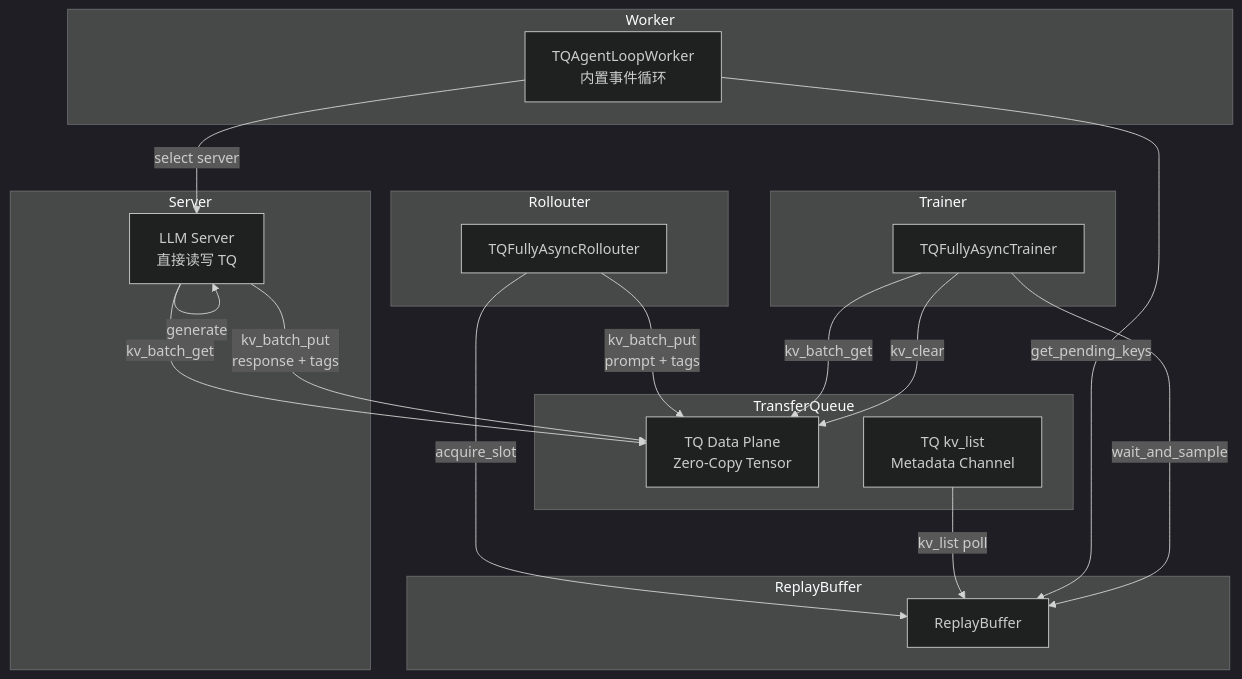
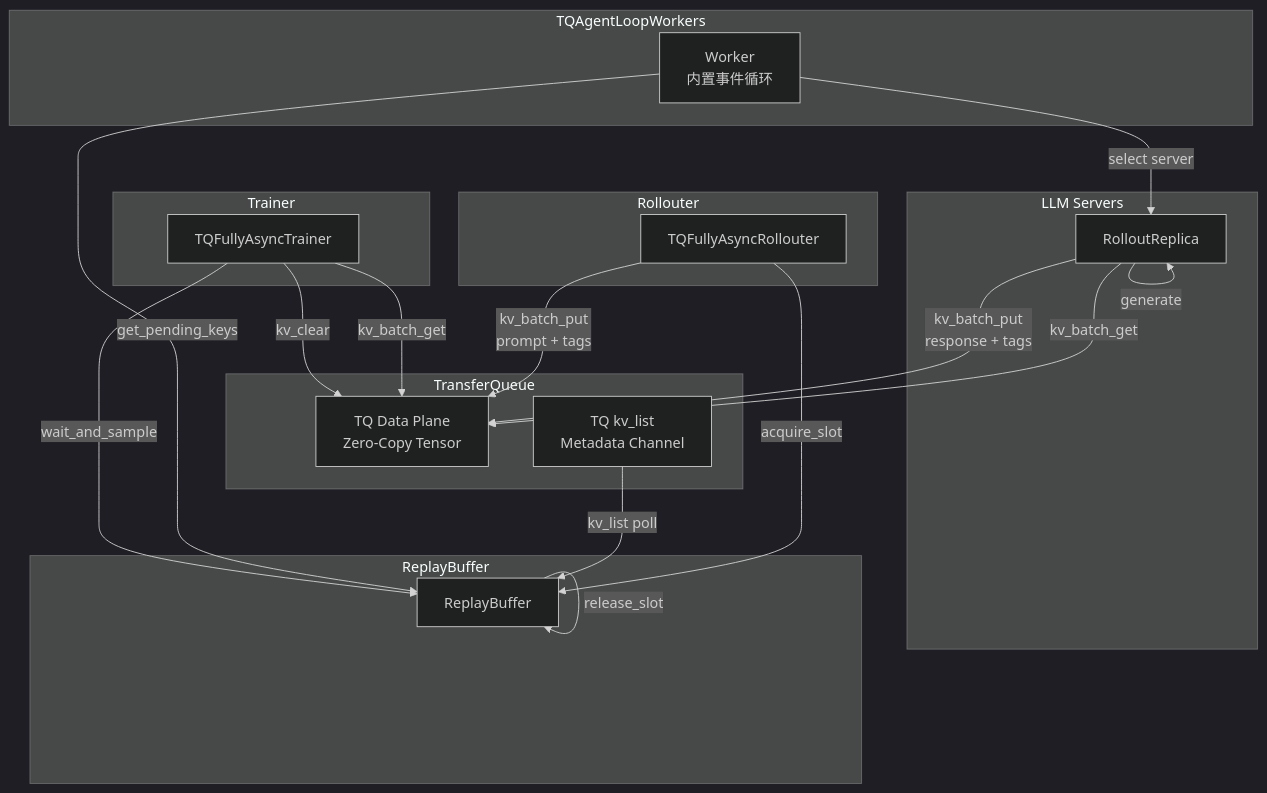
Before and after one commit to meituan-search/verl: the second of 5 diagrams in verl/experimental/fully_async_policy_tq/README.md, drawn with Mermaid (dark theme). The commit also changed other lines of this file, not shown here.

````diff
--- a/verl/experimental/fully_async_policy_tq/README.md
+++ b/verl/experimental/fully_async_policy_tq/README.md
@@ -52,39 +73,40 @@
 ```mermaid
 graph TB
-    subgraph Rollouter
+    subgraph Rollouter[Rollouter]
         RM[TQFullyAsyncRollouter]
+    end
+
+    subgraph Workers[TQAgentLoopWorkers]
+        W[Worker<br/>内置事件循环]
+    end
+
+    subgraph Servers[LLM Servers]
+        S[RolloutReplica]
     end
 
     subgraph TransferQueue
         TQ_DATA[TQ Data Plane<br/>Zero-Copy Tensor]
         TQ_META[TQ kv_list<br/>Metadata Channel]
     end
 
     subgraph ReplayBuffer
         RB[ReplayBuffer]
-    end
-
-    subgraph Worker
-        W[TQAgentLoopWorker<br/>内置事件循环]
-    end
-
-    subgraph Server
-        S[LLM Server<br/>直接读写 TQ]
     end
 
     subgraph Trainer
         TM[TQFullyAsyncTrainer]
     end
 
     RM -->|acquire_slot| RB
     RM -->|kv_batch_put<br/>prompt + tags| TQ_DATA
     TQ_META -->|kv_list poll| RB
     W -->|get_pending_keys| RB
     W -->|select server| S
     S -->|kv_batch_get| TQ_DATA
     S -->|generate| S
     S -->|kv_batch_put<br/>response + tags| TQ_DATA
     TM -->|wait_and_sample| RB
     TM -->|kv_batch_get| TQ_DATA
     TM -->|kv_clear| TQ_DATA
+    RB -->|release_slot| RB
 ```
````
